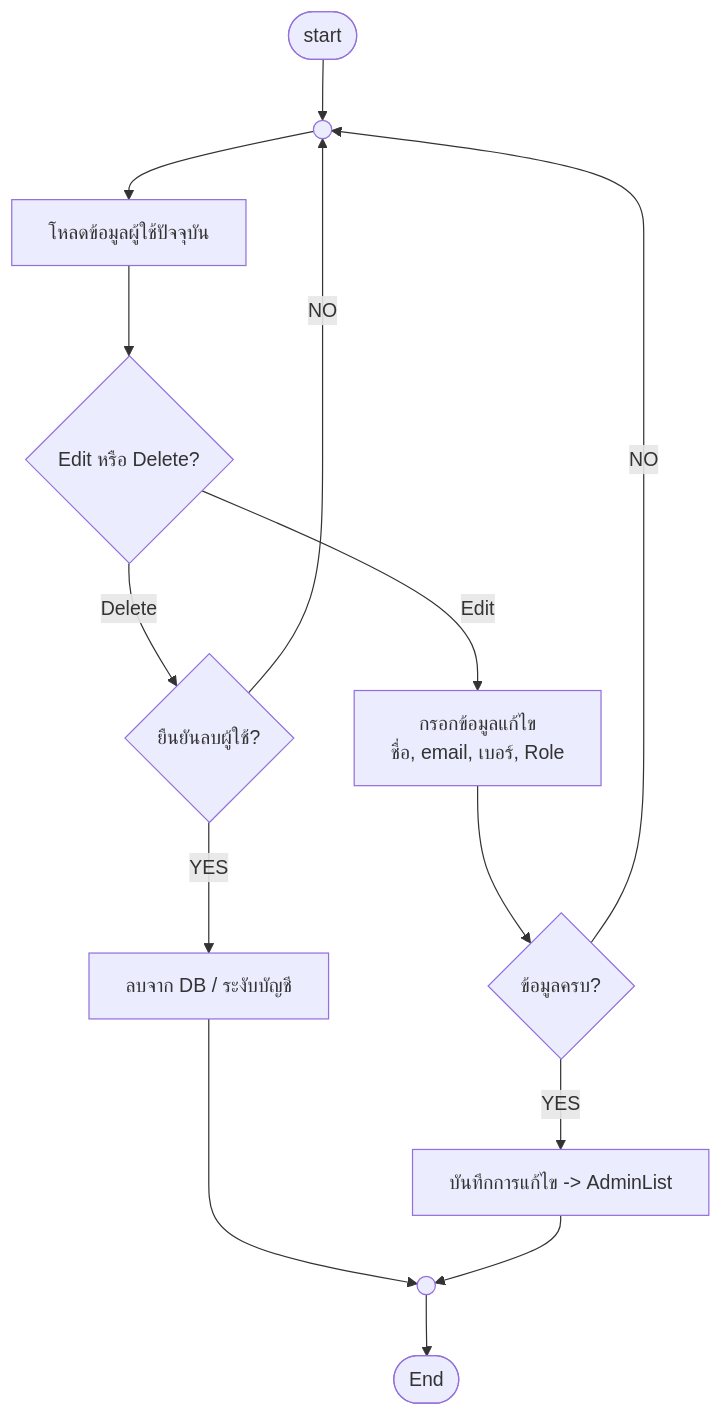
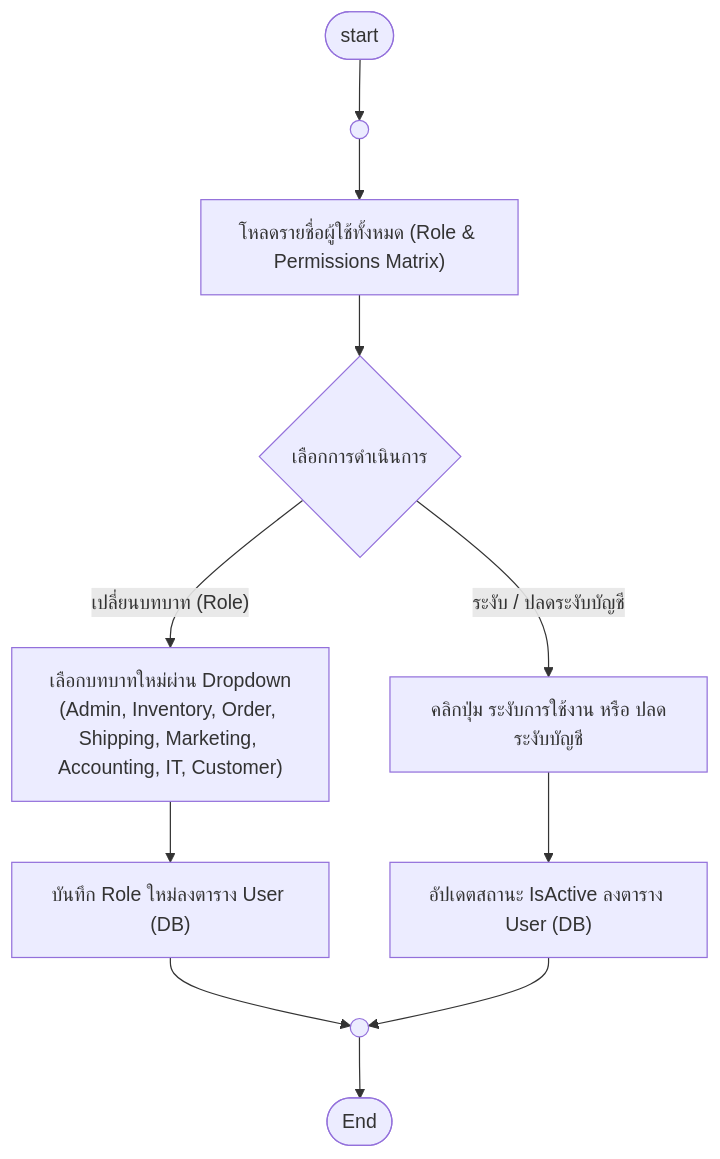
One commit to doraemon-kub/CSI402_Project-final changed diagram 14 of 18 in README.md. Above: the diagram before and after it, drawn with Mermaid. The commit also changed other lines of this file, not shown here.

Commit message:
docs: update and fix flowcharts per bug.pdf requirements and resolve GitHub Mermaid render errors

````diff
--- a/README.md
+++ b/README.md
@@ -349,19 +345,16 @@
 ```mermaid
 flowchart TD
-    Start([start]) --> ConnUser(( ))
-    ConnUser --> LoadUserCurrent[โหลดข้อมูลผู้ใช้ปัจจุบัน]
-    LoadUserCurrent --> ActionType{Edit หรือ Delete?}
+    Start([start]) --> ConnAdminUser(( ))
+    ConnAdminUser --> LoadUserList["โหลดรายชื่อผู้ใช้ทั้งหมด (Role & Permissions Matrix)"]
+    LoadUserList --> SelectAction{เลือกการดำเนินการ}
     
-    ActionType -- Delete --> ConfirmDelete{ยืนยันลบผู้ใช้?}
-    ConfirmDelete -- YES --> DeleteUserDB[ลบจาก DB / ระงับบัญชี]
-    ConfirmDelete -- NO --> ConnUser
+    SelectAction -- "เปลี่ยนบทบาท (Role)" --> SelectNewRole["เลือกบทบาทใหม่ผ่าน Dropdown\n(Admin, Inventory, Order, Shipping, Marketing, Accounting, IT, Customer)"]
+    SelectNewRole --> SaveRoleChange["บันทึก Role ใหม่ลงตาราง User (DB)"]
     
-    ActionType -- Edit --> InputEditUser[กรอกข้อมูลแก้ไข\nชื่อ, email, เบอร์, Role]
-    InputEditUser --> CheckUserEdit{ข้อมูลครบ?}
-    CheckUserEdit -- NO --> ConnUser
-    CheckUserEdit -- YES --> SaveUserEdit[บันทึกการแก้ไข -> AdminList]
+    SelectAction -- "ระงับ / ปลดระงับบัญชี" --> ToggleSuspend["คลิกปุ่ม ระงับการใช้งาน หรือ ปลดระงับบัญชี"]
+    ToggleSuspend --> SaveStatusChange["อัปเดตสถานะ IsActive ลงตาราง User (DB)"]
     
-    DeleteUserDB --> ConnEnd(( ))
-    SaveUserEdit --> ConnEnd
-    ConnEnd --> End([End])
+    SaveRoleChange --> ConnAdminDone(( ))
+    SaveStatusChange --> ConnAdminDone
+    ConnAdminDone --> End([End])
 ```
````
